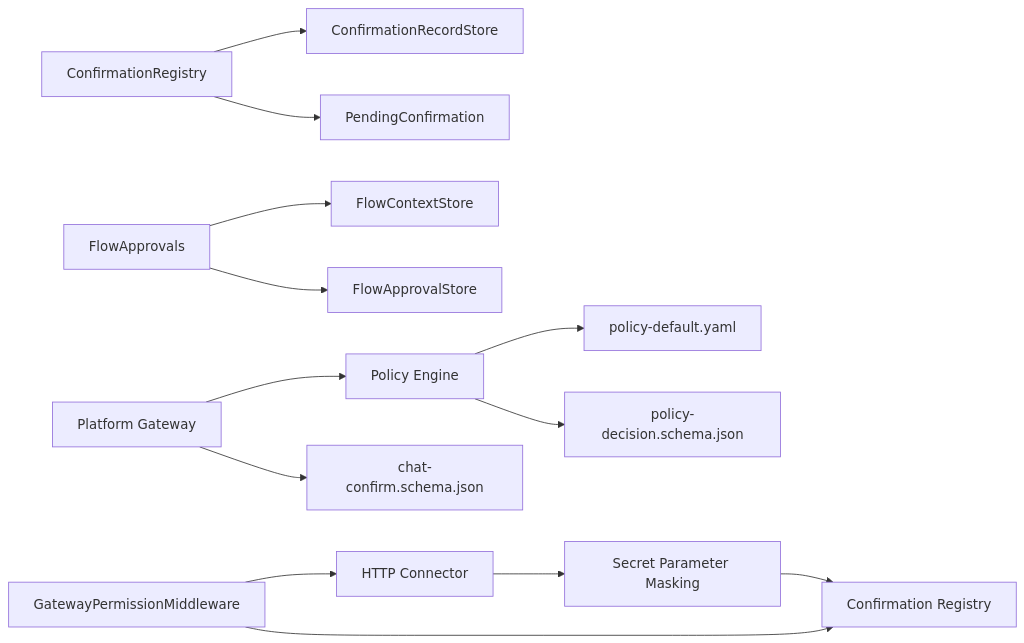
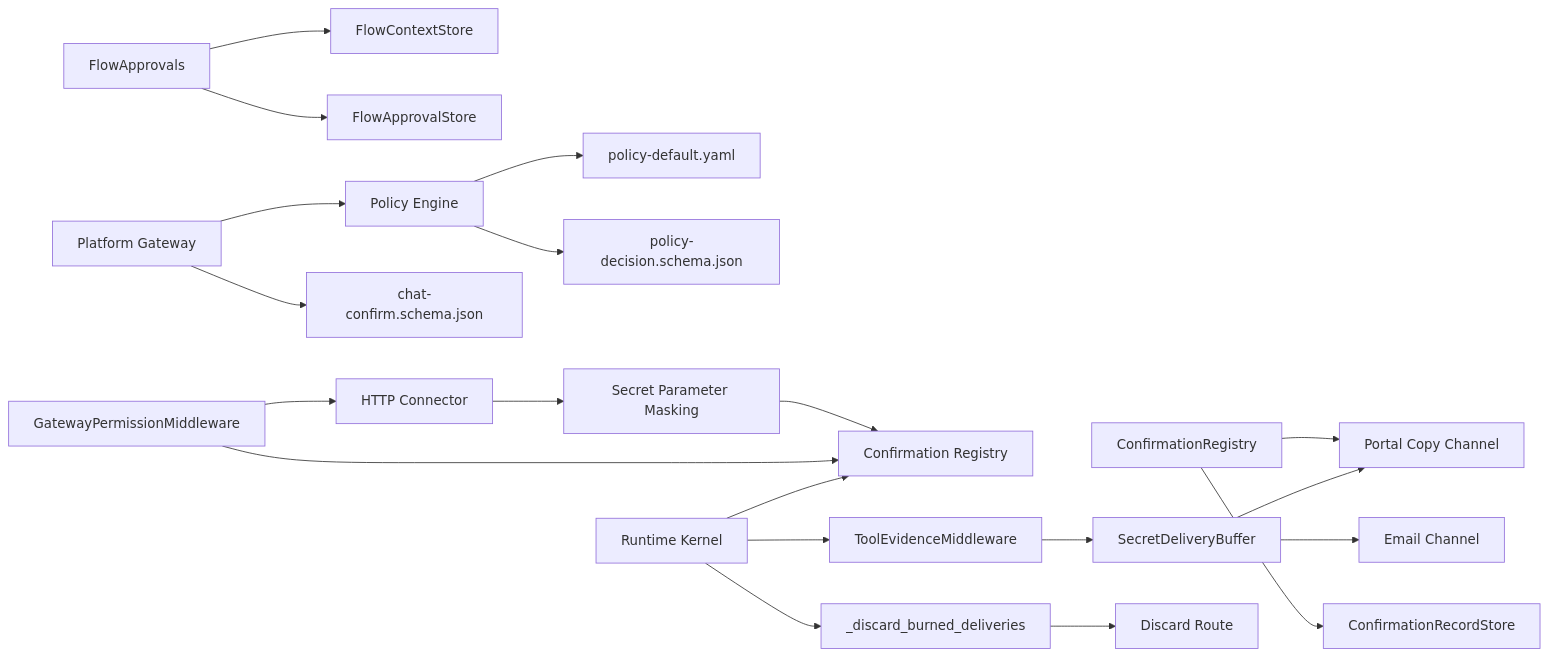
One commit to metasync/luban-aiops changed the tenth of 10 diagrams in .qoder/repowiki/en/content/Core Services/Agent Platform/Human-in-the-Loop Approvals.md. Above: the diagram before and after it, drawn with Mermaid. The commit also changed other lines of this file and 56 other files, not shown here.

First line of the commit message:
docs: refresh repowiki knowledge cache (SPEC-062 secret delivery, v0.42.0)

````diff
--- a/.qoder/repowiki/en/content/Core Services/Agent Platform/Human-in-the-Loop Approvals.md
+++ b/.qoder/repowiki/en/content/Core Services/Agent Platform/Human-in-the-Loop Approvals.md
@@ -423,15 +518,22 @@
 ```mermaid
 graph LR
 Reg["ConfirmationRegistry"] --> Rec["ConfirmationRecordStore"]
 Reg --> PC["PendingConfirmation"]
 FA["FlowApprovals"] --> FC["FlowContextStore"]
 FA --> FP["FlowApprovalStore"]
 GW["Platform Gateway"] --> PE["Policy Engine"]
 PE --> PB["policy-default.yaml"]
 GW --> CS["chat-confirm.schema.json"]
 PE --> PD["policy-decision.schema.json"]
 SP["Secret Parameter Masking"] --> REG["Confirmation Registry"]
 HTTP["HTTP Connector"] --> SP
 Perm["GatewayPermissionMiddleware"] --> REG
 Perm --> HTTP
+TEM["ToolEvidenceMiddleware"] --> SDB["SecretDeliveryBuffer"]
+RK["Runtime Kernel"] --> TEM
+RK --> REG
+RK --> DISCARD["_discard_burned_deliveries"]
+DISCARD --> DR["Discard Route"]
+SDB --> PC["Portal Copy Channel"]
+SDB --> EC["Email Channel"]
 ```
````
